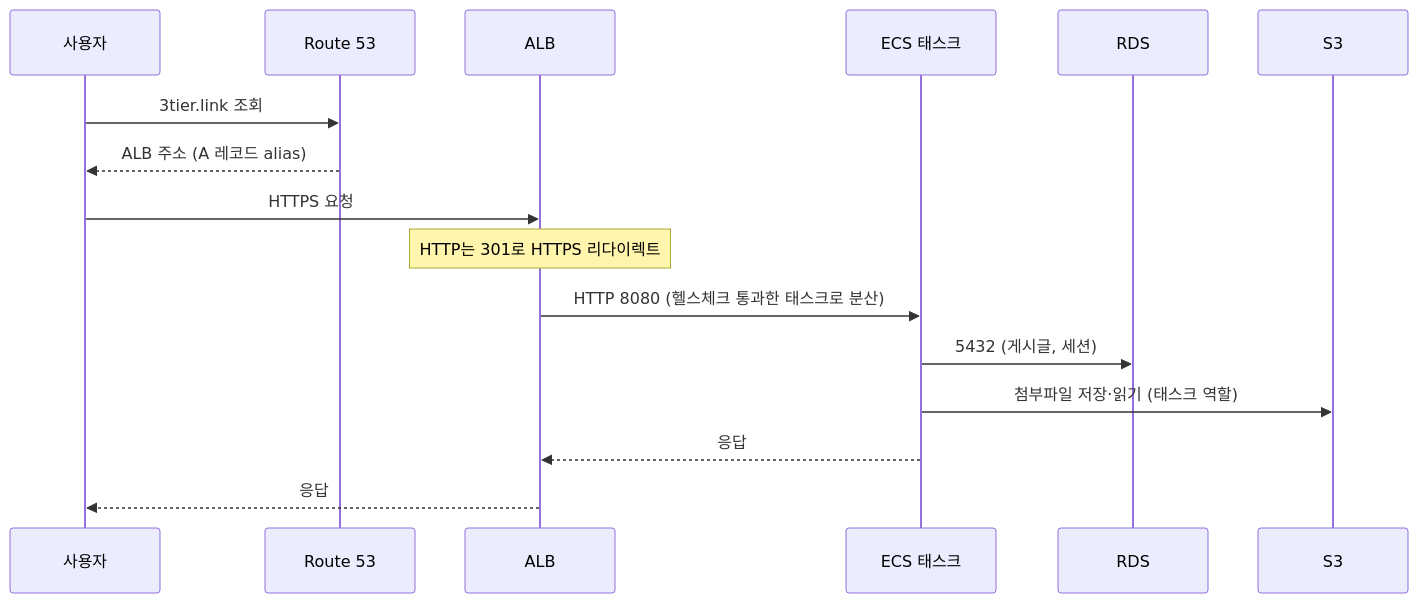
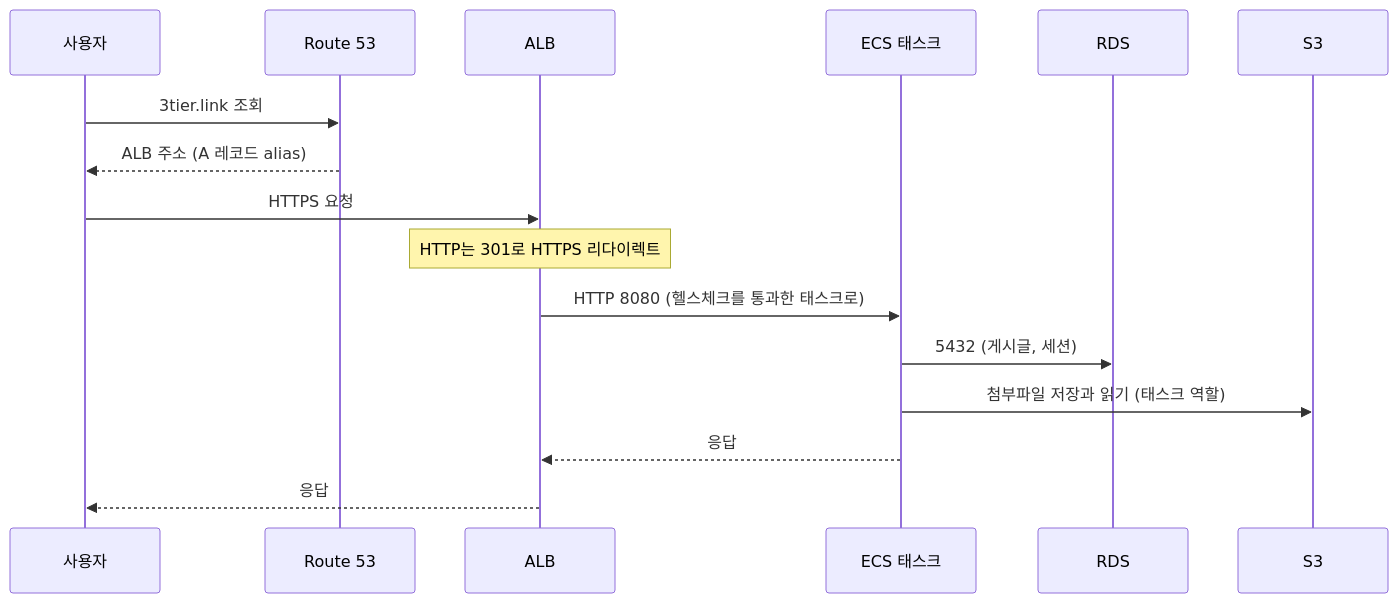
The second of 3 diagrams in docs/architecture.md (DDongHyun00/3-tier-terraform-ecs), drawn with Mermaid before and after one commit. The commit also changed other lines of this file and 25 other files, not shown here.

````diff
--- a/docs/architecture.md
+++ b/docs/architecture.md
@@ -60,19 +58,19 @@
 ```mermaid
 sequenceDiagram
     participant U as 사용자
     participant R as Route 53
     participant A as ALB
     participant T as ECS 태스크
     participant D as RDS
     participant S as S3
 
     U->>R: 3tier.link 조회
     R-->>U: ALB 주소 (A 레코드 alias)
     U->>A: HTTPS 요청
     Note over A: HTTP는 301로 HTTPS 리다이렉트
-    A->>T: HTTP 8080 (헬스체크 통과한 태스크로 분산)
+    A->>T: HTTP 8080 (헬스체크를 통과한 태스크로)
     T->>D: 5432 (게시글, 세션)
-    T->>S: 첨부파일 저장·읽기 (태스크 역할)
+    T->>S: 첨부파일 저장과 읽기 (태스크 역할)
     T-->>A: 응답
     A-->>U: 응답
 ```
````
